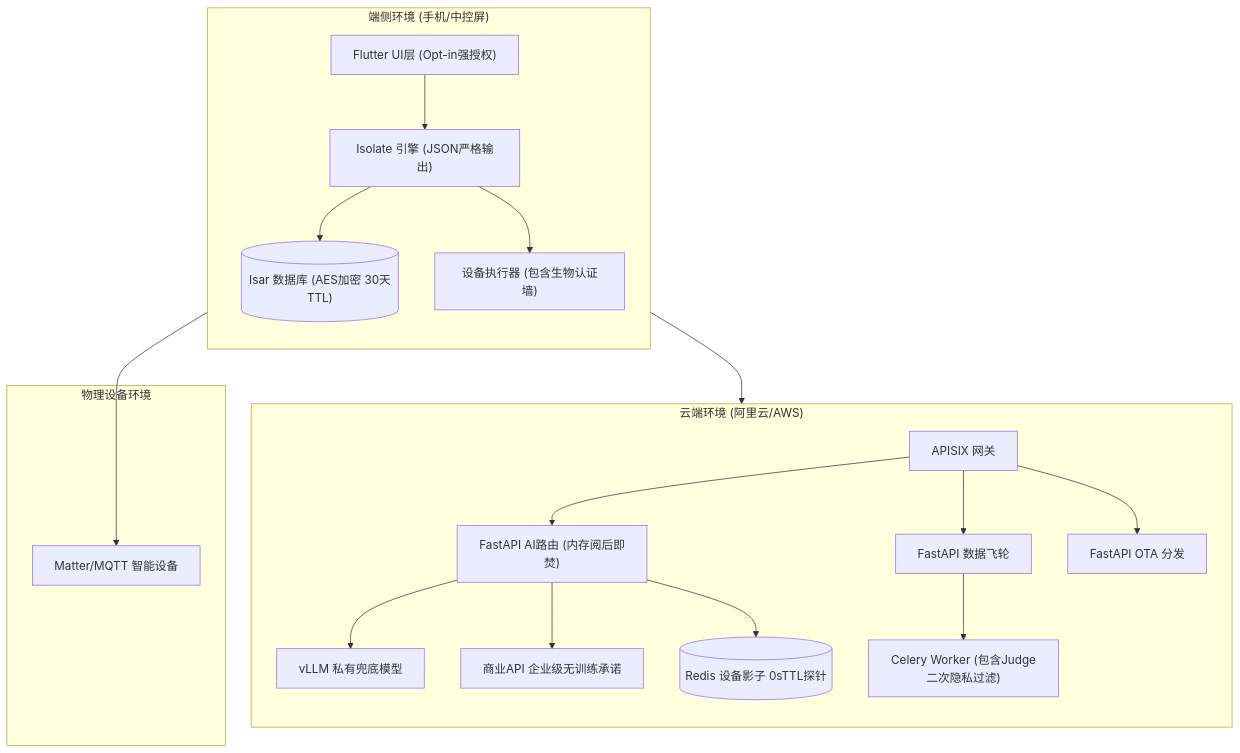
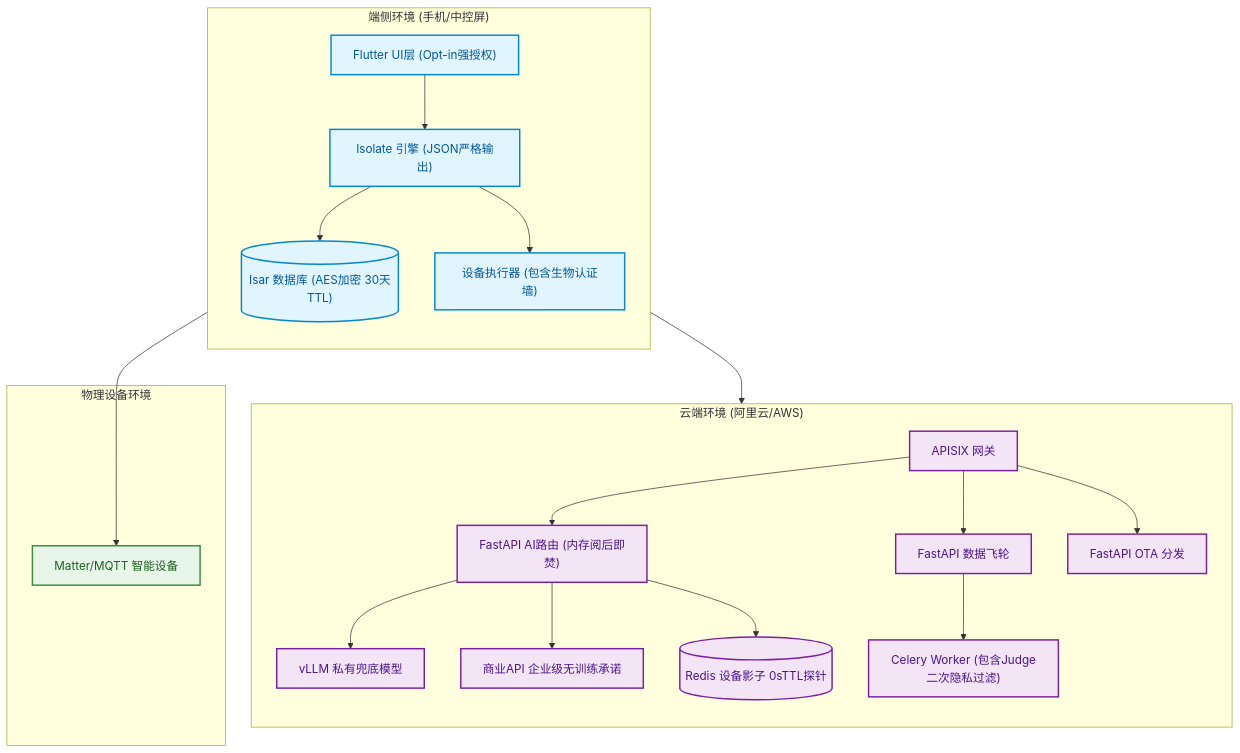
One commit to aidencck/smart_home_app_on_device_ai changed the second of 4 diagrams in README.md. Above: the diagram before and after it, drawn with Mermaid. The commit also changed other lines of this file, not shown here.

Commit message:
docs: refresh badges and enhance mermaid diagrams with professional styling

````diff
--- a/README.md
+++ b/README.md
@@ -201,44 +220,48 @@
 ```mermaid
 flowchart TB
+    classDef edgeNode fill:#e1f5fe,stroke:#0288d1,stroke-width:2px,color:#01579b;
+    classDef cloudNode fill:#f3e5f5,stroke:#7b1fa2,stroke-width:2px,color:#4a148c;
+    classDef hardwareNode fill:#e8f5e9,stroke:#388e3c,stroke-width:2px,color:#1b5e20;
+
     subgraph edge ["端侧环境 (手机/中控屏)"]
         direction TB
-        user_ui["Flutter UI层 (Opt-in强授权)"]
-        isolate_engine["Isolate 引擎 (JSON严格输出)"]
-        local_db[("Isar 数据库 (AES加密 30天TTL)")]
-        executor["设备执行器 (包含生物认证墙)"]
+        user_ui["Flutter UI层 (Opt-in强授权)"]:::edgeNode
+        isolate_engine["Isolate 引擎 (JSON严格输出)"]:::edgeNode
+        local_db[("Isar 数据库 (AES加密 30天TTL)")]:::edgeNode
+        executor["设备执行器 (包含生物认证墙)"]:::edgeNode
     end
 
     subgraph cloud ["云端环境 (阿里云/AWS)"]
         direction TB
-        api_gateway["APISIX 网关"]
-        ai_router["FastAPI AI路由 (内存阅后即焚)"]
-        data_flywheel["FastAPI 数据飞轮"]
-        ota_service["FastAPI OTA 分发"]
+        api_gateway["APISIX 网关"]:::cloudNode
+        ai_router["FastAPI AI路由 (内存阅后即焚)"]:::cloudNode
+        data_flywheel["FastAPI 数据飞轮"]:::cloudNode
+        ota_service["FastAPI OTA 分发"]:::cloudNode
         
-        vllm["vLLM 私有兜底模型"]
-        enterprise_api["商业API 企业级无训练承诺"]
-        redis[("Redis 设备影子 0sTTL探针")]
-        celery["Celery Worker (包含Judge二次隐私过滤)"]
+        vllm["vLLM 私有兜底模型"]:::cloudNode
+        enterprise_api["商业API 企业级无训练承诺"]:::cloudNode
+        redis[("Redis 设备影子 0sTTL探针")]:::cloudNode
+        celery["Celery Worker (包含Judge二次隐私过滤)"]:::cloudNode
     end
 
     subgraph hardware ["物理设备环境"]
-        iot_devices["Matter/MQTT 智能设备"]
+        iot_devices["Matter/MQTT 智能设备"]:::hardwareNode
     end
 
     user_ui --> isolate_engine
     isolate_engine --> local_db
     isolate_engine --> executor
     
     user_ui --> api_gateway
     api_gateway --> ai_router
     api_gateway --> data_flywheel
     api_gateway --> ota_service
     
     ai_router --> vllm
     ai_router --> enterprise_api
     ai_router --> redis
     
     data_flywheel --> celery
     
     executor --> iot_devices
 ```
````
